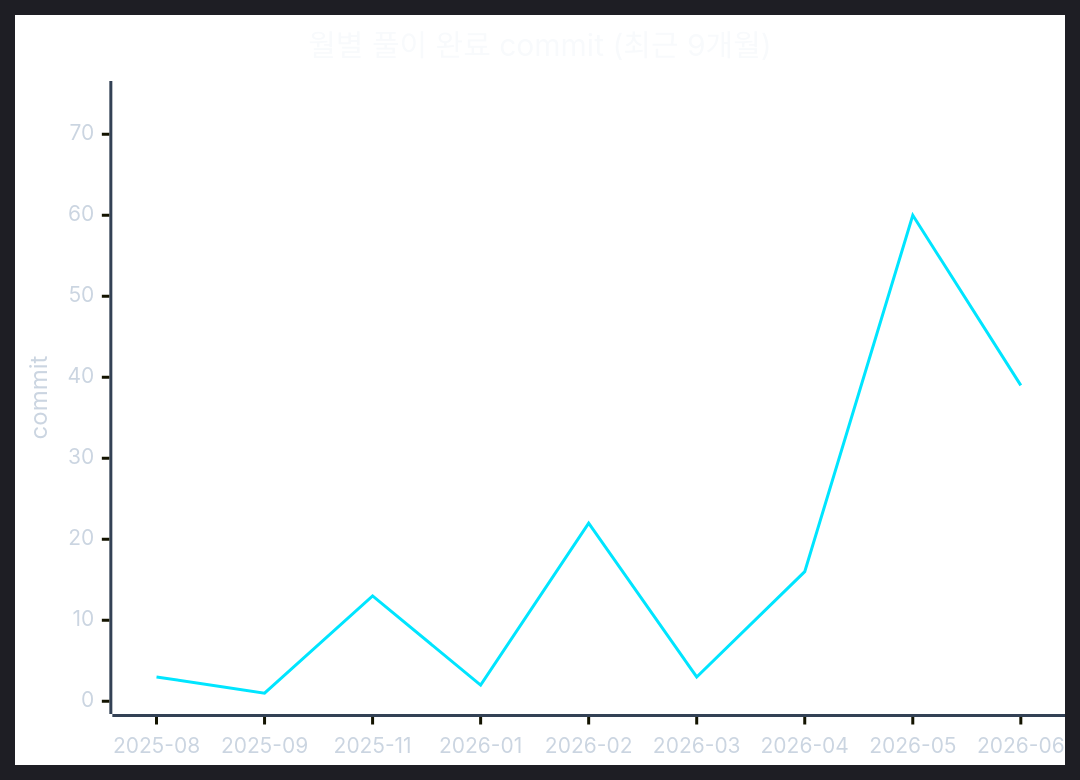
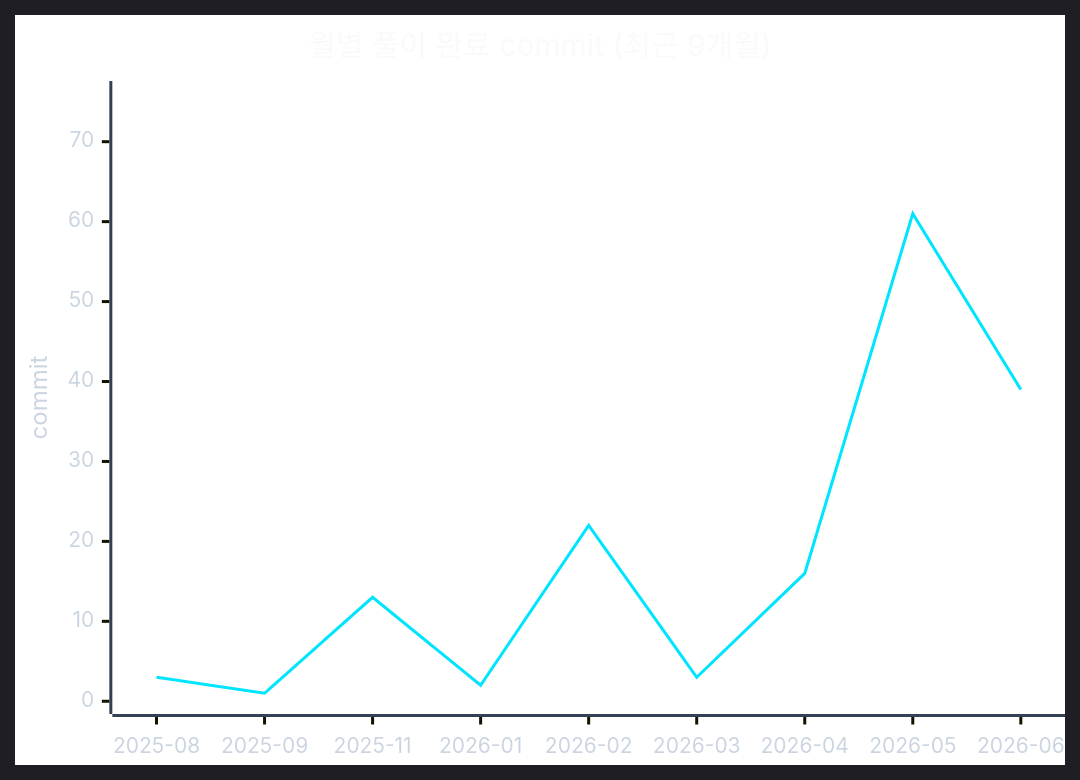
The second of 2 diagrams in readme.md (CHOOSLA/Algorithm), drawn with Mermaid before and after one commit. The commit also changed other lines of this file and 2 other files, not shown here.

````diff
--- a/readme.md
+++ b/readme.md
@@ -71,22 +71,22 @@
 ```mermaid
 ---
 config:
   theme: dark
   themeVariables:
     background: '#0d1117'
     xyChart:
       titleColor: '#f8fafc'
       xAxisLabelColor: '#cbd5e1'
       xAxisTitleColor: '#cbd5e1'
       xAxisLineColor: '#334155'
       yAxisLabelColor: '#cbd5e1'
       yAxisTitleColor: '#cbd5e1'
       yAxisLineColor: '#334155'
       plotColorPalette: '#00e5ff'
 ---
 xychart-beta
   title "월별 풀이 완료 commit (최근 9개월)"
   x-axis ["2025-08", "2025-09", "2025-11", "2026-01", "2026-02", "2026-03", "2026-04", "2026-05", "2026-06"]
-  y-axis "commit" 0 --> 75
-  line [3, 1, 13, 2, 22, 3, 16, 60, 39]
+  y-axis "commit" 0 --> 76
+  line [3, 1, 13, 2, 22, 3, 16, 61, 39]
 ```
````
